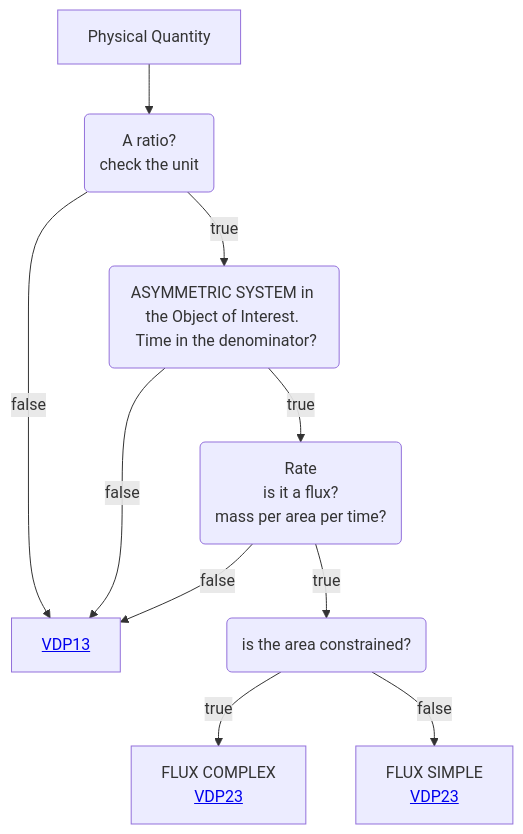
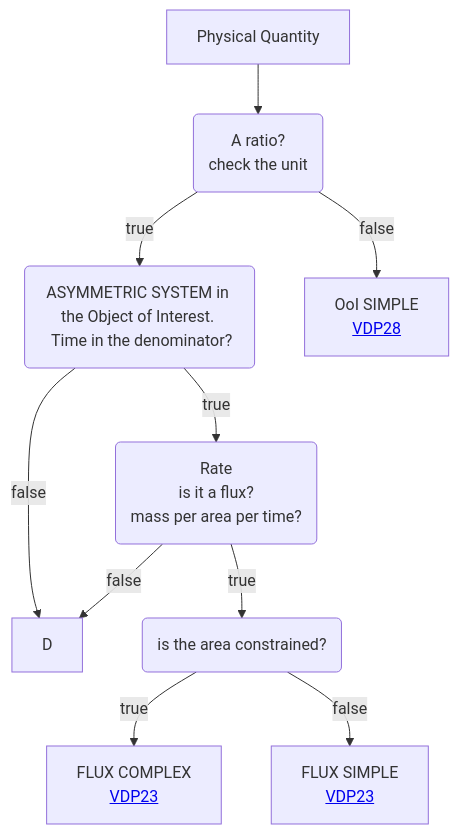
Before and after one commit to mabablue/I-ADOPT-patterns-playground: the diagram in Decisition_trees/DT2.mmd, drawn with Mermaid.

Commit message:
Update decision tree links and labels

```diff
--- a/Decisition_trees/DT2.mmd
+++ b/Decisition_trees/DT2.mmd
@@ -1,10 +1,10 @@
 flowchart TD
     A[Physical Quantity] --> B(A ratio?<br>check the unit)
     B --> |true|C(ASYMMETRIC SYSTEM in the Object of Interest. <br> Time in the denominator?) 
-    B --> |false|D[<a href='https://github.com/mabablue/I-ADOPT-patterns-playground/blob/main/pattern/VDP13.yaml'>VDP13</a>]
+    B --> |false|I[OoI SIMPLE <br> <a href='https://github.com/mabablue/I-ADOPT-patterns-playground/blob/main/pattern/VDP28.yaml'>VDP28</a>]
     C --> |true|E(Rate <br> is it a flux? <br> mass per area per time?)
     C --> |false|D
     E --> |true|F(is the area constrained?)
     E --> |false|D
     F --> |true|G[FLUX COMPLEX <br> <a href='https://github.com/mabablue/I-ADOPT-patterns-playground/blob/main/pattern/VDP23.yaml'>VDP23</a>]
     F --> |false|H[FLUX SIMPLE <br> <a href='https://github.com/mabablue/I-ADOPT-patterns-playground/blob/main/pattern/VDP18.yaml'>VDP23</a>]
```
